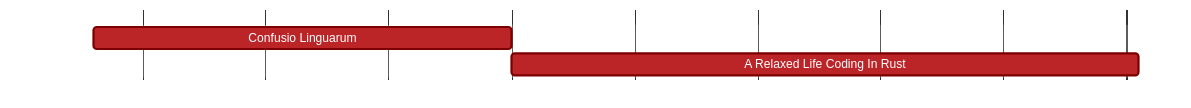
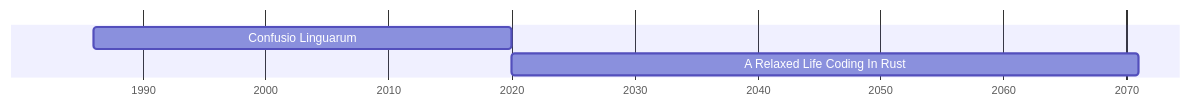
One commit to NamtaoProductions/namtao-com changed the second of 2 diagrams in src/site/notes/Rust-is-the-new-C.md. Above: the diagram before and after it, drawn with Mermaid. The commit also changed other lines of this file, not shown here.

Commit message:
Update content src/site/notes/Rust-is-the-new-C.md

````diff
--- a/src/site/notes/Rust-is-the-new-C.md
+++ b/src/site/notes/Rust-is-the-new-C.md
@@ -1026,23 +1026,7 @@
-```mermaid +render +width:100%
-%%{
-  init: {
-    'theme': 'base',
-    'themeVariables': {
-      'fontFamily': 'monospace',
-      'primaryColor': '#BB2528',
-      'primaryTextColor': '#fff',
-      'primaryBorderColor': '#7C0000',
-      'lineColor': '#F8B229',
-      'secondaryColor': '#006100',
-      'tertiaryColor': '#fff'
-    }
-  }
-}%%
-
-
+```mermaid
 gantt
     dateFormat YYYY-MM-DD
     axisFormat %Y
         Confusio Linguarum :a1, 1986-01-01, 34y
         A Relaxed Life Coding In Rust:a2, 2020-01-01, 2071-01-01
 ```
````
